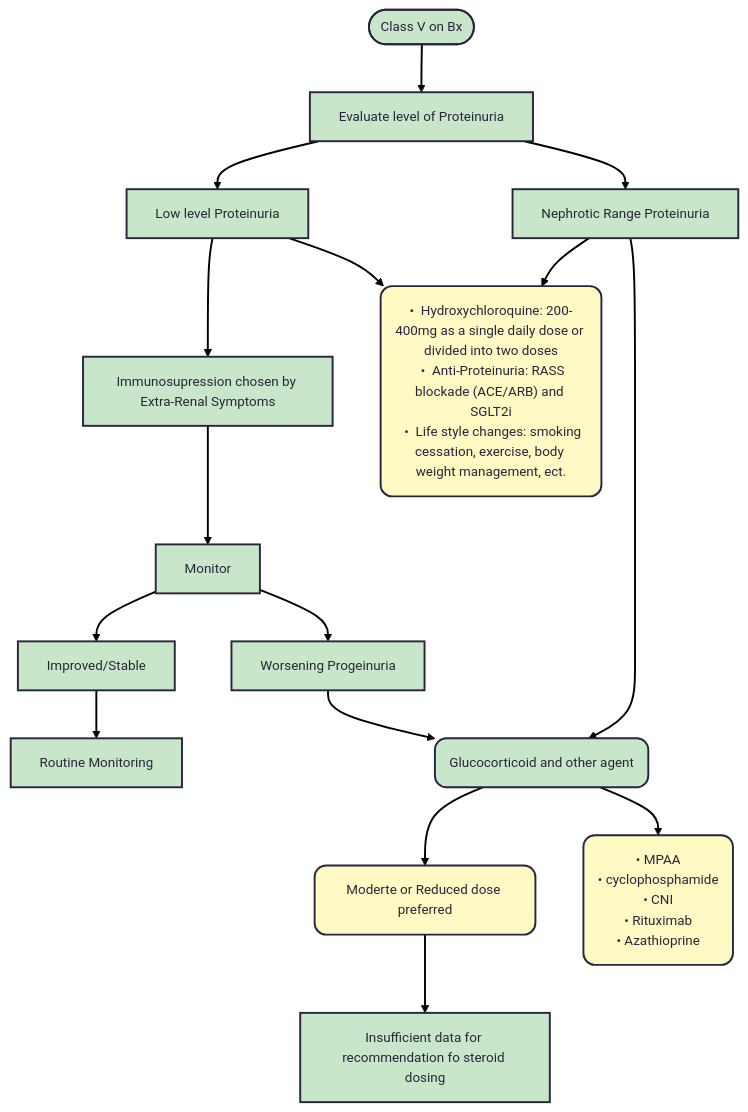
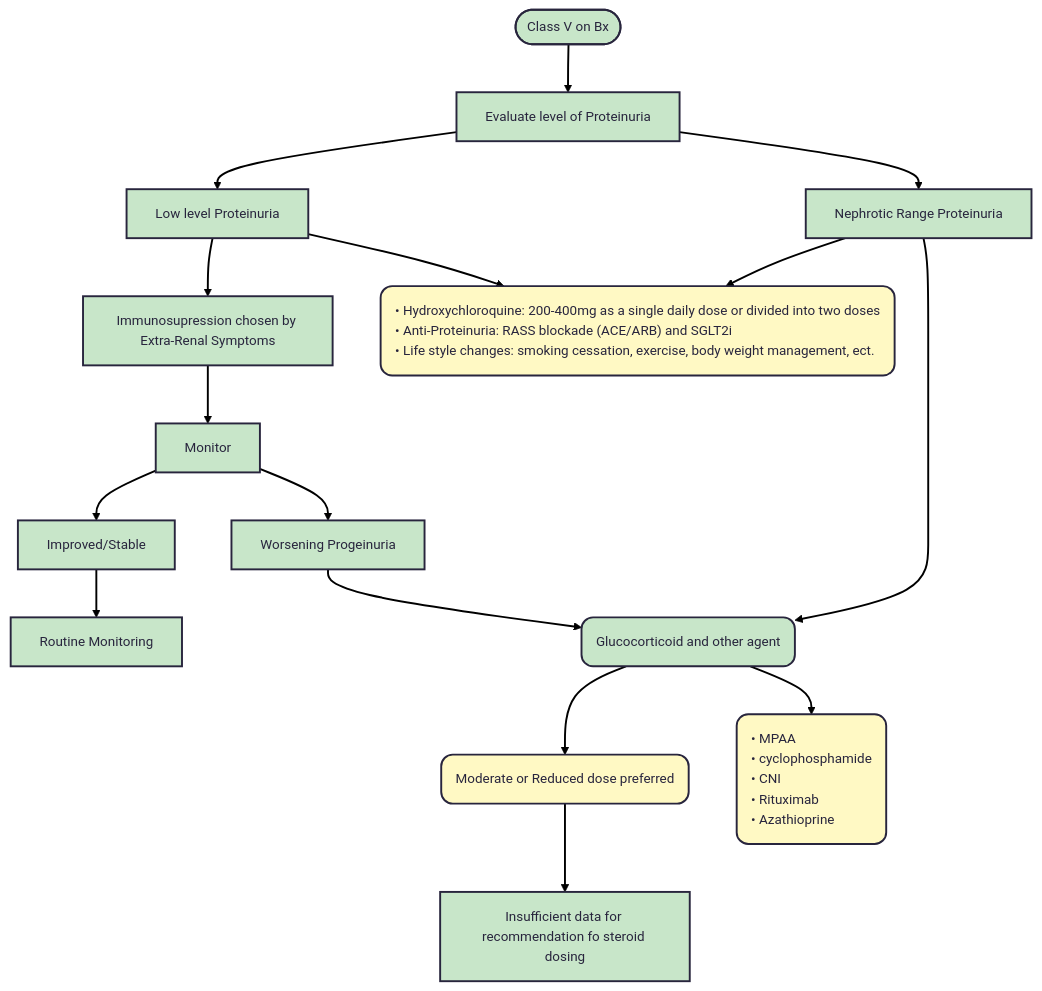
The fourth of 4 diagrams in docs/Lupus.md (TTUNEPH2025/GN), drawn with Mermaid before and after one commit. The commit also changed other lines of this file, not shown here.

````diff
--- a/docs/Lupus.md
+++ b/docs/Lupus.md
@@ -258,42 +258,41 @@
 ```mermaid
 ---
 config:
   theme: redux
 ---
 flowchart TB
     A(["Class V on Bx"]) --> n1["Evaluate level of Proteinuria"]
     n1 --> n2["Low level Proteinuria"] & n3["Nephrotic Range Proteinuria"]
     n2 --> n4["Immunosupression chosen by Extra-Renal Symptoms"] & n5["•  Hydroxychloroquine: 200-400mg as a single daily dose or divided into two doses
   •  Anti-Proteinuria: RASS blockade (ACE/ARB) and SGLT2i
   •  Life style changes: smoking cessation, exercise, body weight management, ect."]
     n3 --> n5 & n6["Glucocorticoid and other agent"]
-    n6 --> n7["Moderte or Reduced dose preferred"] & n8["• MPAA
+    n6 --> n7["Moderate or Reduced dose preferred"] & n8["• MPAA
     • cyclophosphamide
     • CNI
     • Rituximab
     • Azathioprine"]
     n4 --> n9["Monitor"]
     n9 --> n10["Improved/Stable"] & n11["Worsening Progeinuria"]
     n11 --> n6
     n10 --> n12["Routine Monitoring"]
     n7 --> n13["Insufficient data for recommendation fo steroid dosing"]
-
     n5@{ shape: rounded}
     n6@{ shape: rounded}
     n7@{ shape: rounded}
     n8@{ shape: rounded}
     style A fill:#C8E6C9
     style n1 fill:#C8E6C9
     style n2 fill:#C8E6C9
     style n3 fill:#C8E6C9
     style n4 fill:#C8E6C9
-    style n5 fill:#FFF9C4
+    style n5 fill:#FFF9C4,text-align:left,white-space:nowrap
     style n6 fill:#C8E6C9
-    style n7 fill:#FFF9C4
-    style n8 fill:#FFF9C4
+    style n7 fill:#FFF9C4,text-align:left,white-space:nowrap
+    style n8 fill:#FFF9C4,text-align:left,white-space:nowrap
     style n9 fill:#C8E6C9
     style n10 fill:#C8E6C9
     style n11 fill:#C8E6C9
     style n12 fill:#C8E6C9
     style n13 fill:#C8E6C9
 ```
````
